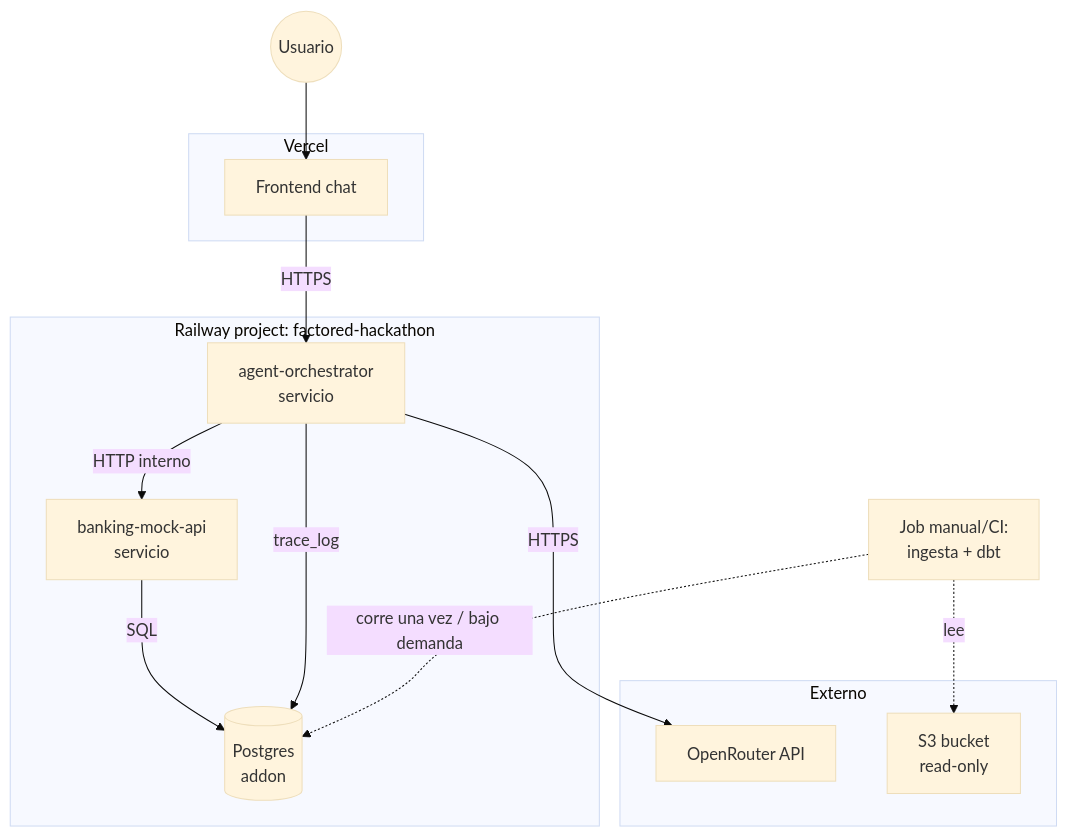
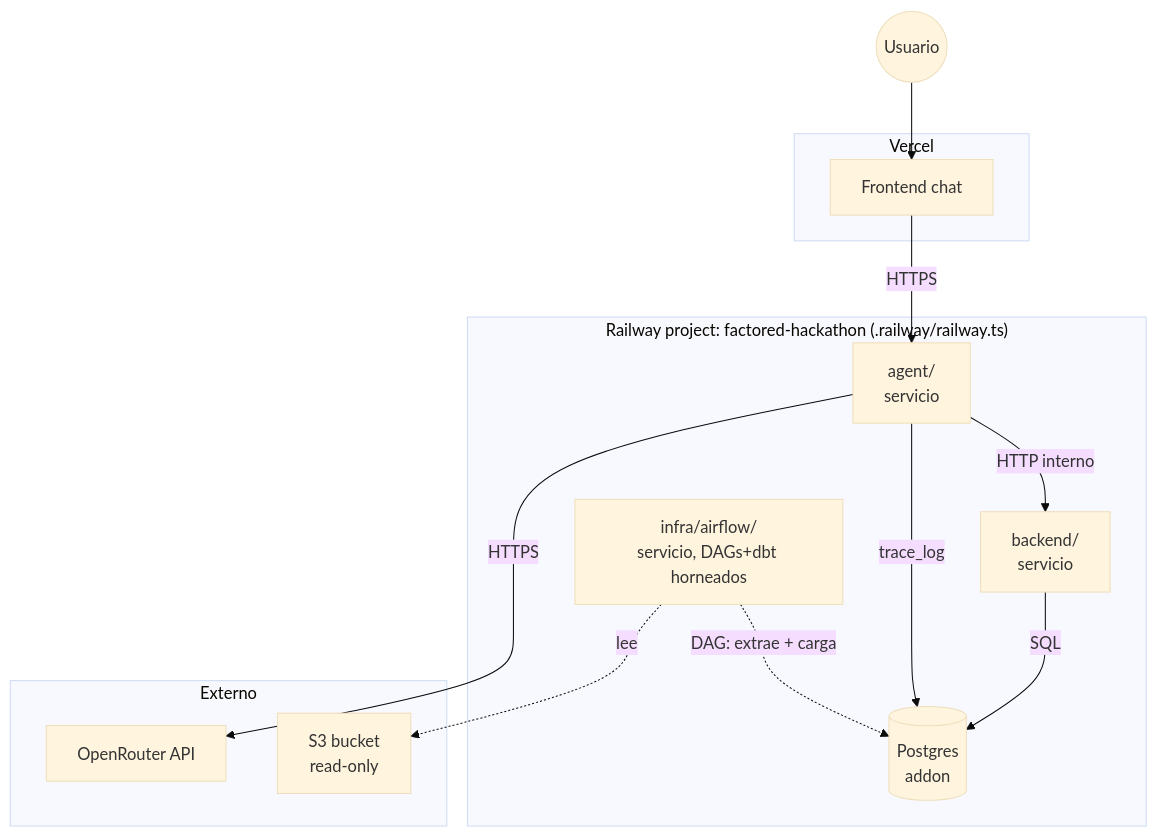
Before and after one commit to diego-rejalas/factored-hackathon-2026-bitcoders: the second of 2 diagrams in spec/ARCHITECTURE.md, drawn with Mermaid (base theme). The commit also changed other lines of this file and 18 other files, not shown here.

First line of the commit message:
refactor: reorganize by role (infra/data/backend/agent/frontend), adopt Railway IaC

````diff
--- a/spec/ARCHITECTURE.md
+++ b/spec/ARCHITECTURE.md
@@ -51,27 +51,28 @@
 ```mermaid
 flowchart TB
     subgraph vercel["Vercel"]
         FE[Frontend chat]
     end
 
-    subgraph railway["Railway project: factored-hackathon"]
-        AGENT[agent-orchestrator<br/>servicio]
-        BANK[banking-mock-api<br/>servicio]
+    subgraph railway["Railway project: factored-hackathon (.railway/railway.ts)"]
+        AGENT[agent/<br/>servicio]
+        BANK[backend/<br/>servicio]
+        AIRFLOW[infra/airflow/<br/>servicio, DAGs+dbt horneados]
         PG[(Postgres<br/>addon)]
     end
 
     subgraph external["Externo"]
         OR[OpenRouter API]
         S3[S3 bucket<br/>read-only]
     end
 
     USER((Usuario)) --> FE
     FE -->|HTTPS| AGENT
     AGENT -->|HTTP interno| BANK
     AGENT -->|HTTPS| OR
     BANK -->|SQL| PG
     AGENT -->|trace_log| PG
 
-    JOB[Job manual/CI:<br/>ingesta + dbt] -.->|corre una vez / bajo demanda| PG
-    JOB -.->|lee| S3
+    AIRFLOW -.->|DAG: extrae + carga| PG
+    AIRFLOW -.->|lee| S3
 ```
````
